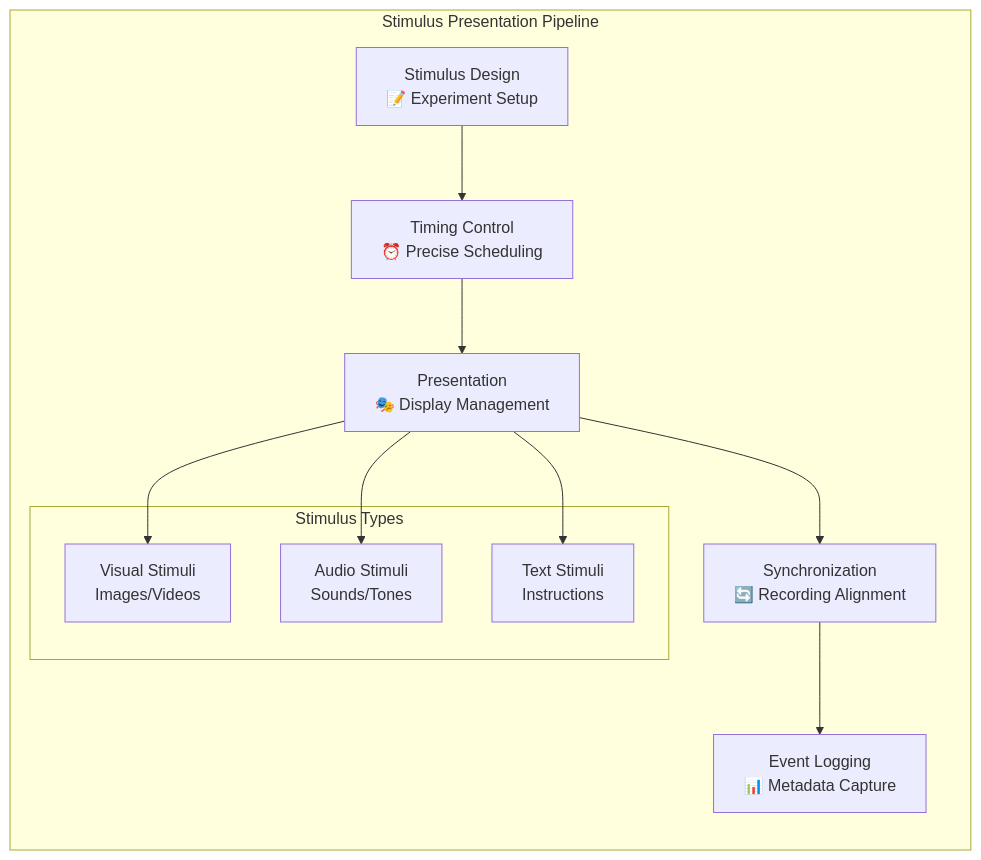
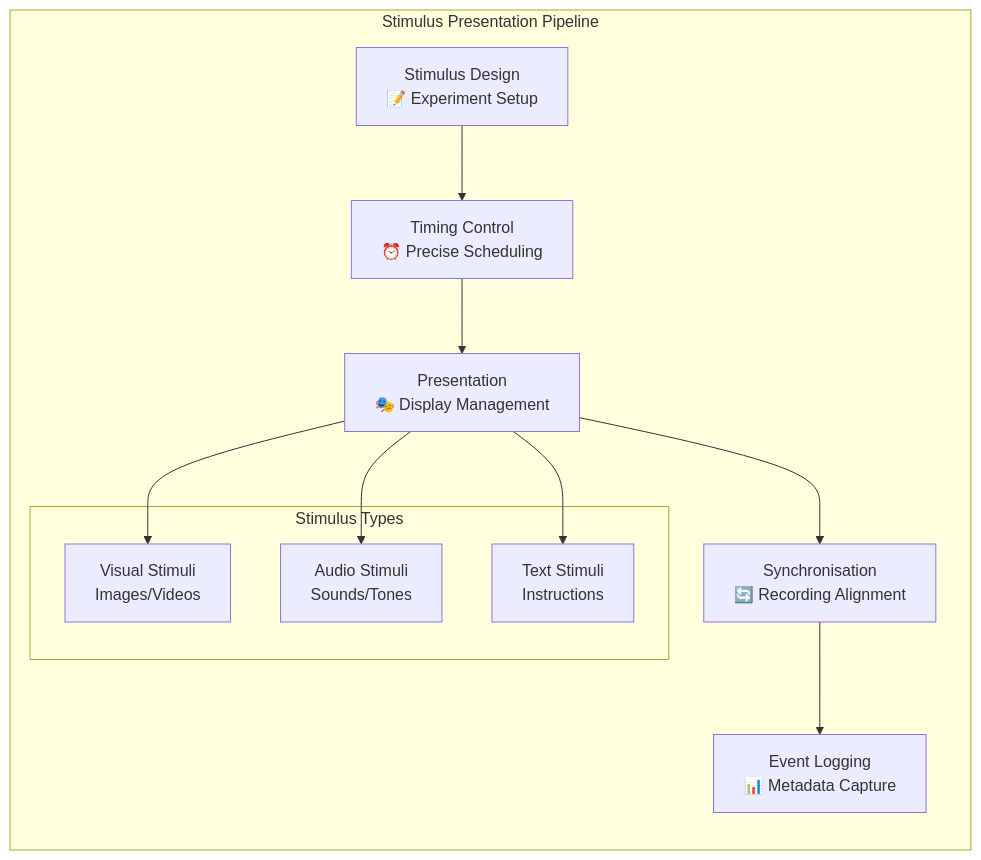
One commit to buccancs/fyp-multi-sensor-recording-system changed the fifth of 11 diagrams in PythonApp/README.md. Above: the diagram before and after it, drawn with Mermaid. The commit also changed other lines of this file and 56 other files, not shown here.

````diff
--- a/PythonApp/README.md
+++ b/PythonApp/README.md
@@ -381,25 +381,25 @@
 ```mermaid
 graph LR
     subgraph "Stimulus Presentation Pipeline"
         DESIGN[Stimulus Design<br/>📝 Experiment Setup]
         TIMING[Timing Control<br/>⏰ Precise Scheduling]
         PRESENT[Presentation<br/>🎭 Display Management]
-        SYNC[Synchronization<br/>🔄 Recording Alignment]
+        SYNC[Synchronisation<br/>🔄 Recording Alignment]
         LOG[Event Logging<br/>📊 Metadata Capture]
         
         DESIGN --> TIMING
         TIMING --> PRESENT
         PRESENT --> SYNC
         SYNC --> LOG
         
         subgraph "Stimulus Types"
             VISUAL[Visual Stimuli<br/>Images/Videos]
             AUDIO[Audio Stimuli<br/>Sounds/Tones]
             TEXT[Text Stimuli<br/>Instructions]
         end
         
         PRESENT --> VISUAL
         PRESENT --> AUDIO
         PRESENT --> TEXT
     end
 ```
````
